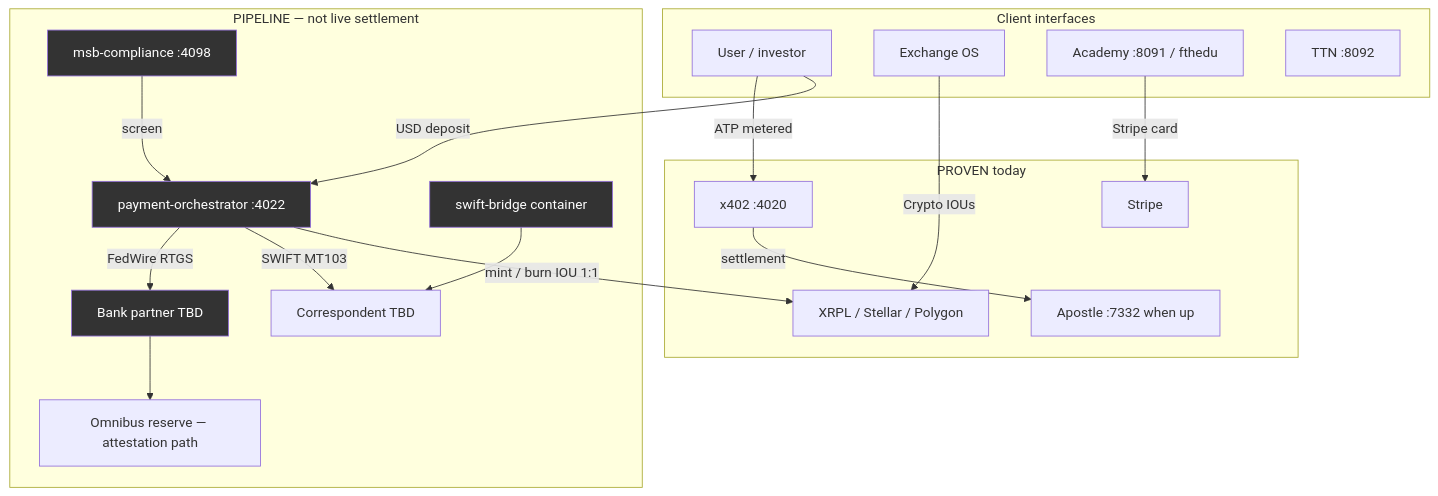
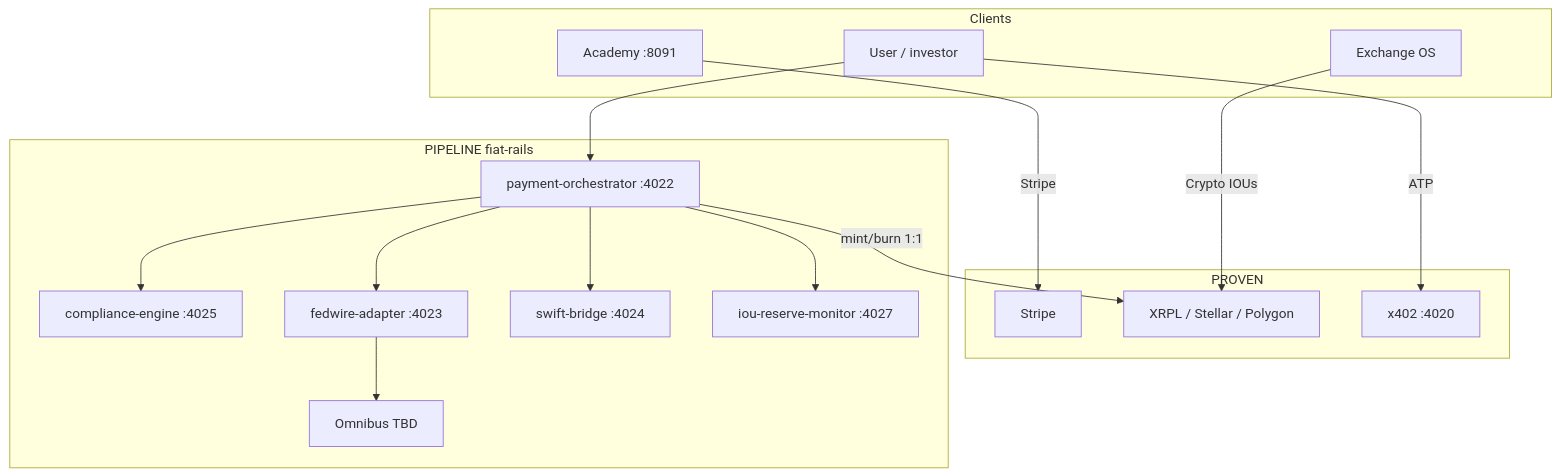
One commit to FTHTrading/Troptions-full-pack changed the fourth of 4 diagrams in docs/technical/SYSTEM_MANIFEST.md. Above: the diagram before and after it, drawn with Mermaid. The commit also changed other lines of this file and 27 other files, not shown here.

First line of the commit message:
Add post-MSB fiat-rails scaffolding and manifest blueprint.

````diff
--- a/docs/technical/SYSTEM_MANIFEST.md
+++ b/docs/technical/SYSTEM_MANIFEST.md
@@ -263,32 +264,25 @@
 ```mermaid
 flowchart TD
-  subgraph clients [Client interfaces]
+  subgraph clients [Clients]
     A[User / investor]
     C[Exchange OS]
-    D[Academy :8091 / fthedu]
-    E[TTN :8092]
+    D[Academy :8091]
   end
 
-  subgraph proven [PROVEN today]
-    D -->|Stripe card| J[Stripe]
+  subgraph proven [PROVEN]
+    D -->|Stripe| J[Stripe]
     C -->|Crypto IOUs| I[XRPL / Stellar / Polygon]
-    A -->|ATP metered| X[x402 :4020]
-    X -->|settlement| AP[Apostle :7332 when up]
+    A -->|ATP| X[x402 :4020]
   end
 
-  subgraph pipeline [PIPELINE — not live settlement]
-    A -->|USD deposit| B[payment-orchestrator :4022]
-    B -->|FedWire RTGS| G[Bank partner TBD]
-    B -->|SWIFT MT103| H[Correspondent TBD]
-    P[msb-compliance :4098] -->|screen| B
-    R[swift-bridge container] --> H
-    G --> L[Omnibus reserve — attestation path]
+  subgraph pipeline [PIPELINE fiat-rails]
+    A --> PO[payment-orchestrator :4022]
+    PO --> CE[compliance-engine :4025]
+    PO --> FW[fedwire-adapter :4023]
+    PO --> SW[swift-bridge :4024]
+    FW --> BANK[Omnibus TBD]
+    PO --> MON[iou-reserve-monitor :4027]
   end
 
-  B -->|mint / burn IOU 1:1| I
-
-  style B fill:#333,color:#fff
-  style P fill:#333,color:#fff
-  style R fill:#333,color:#fff
-  style G fill:#333,color:#fff
+  PO -->|mint/burn 1:1| I
 ```
````
